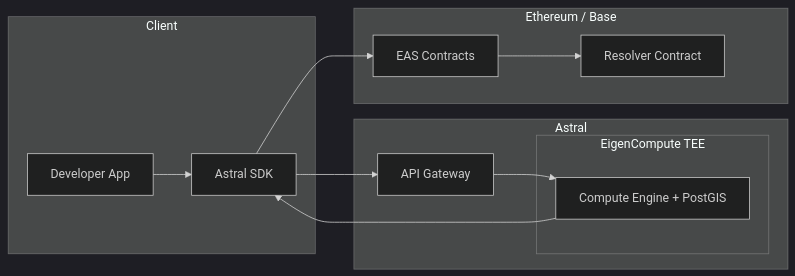
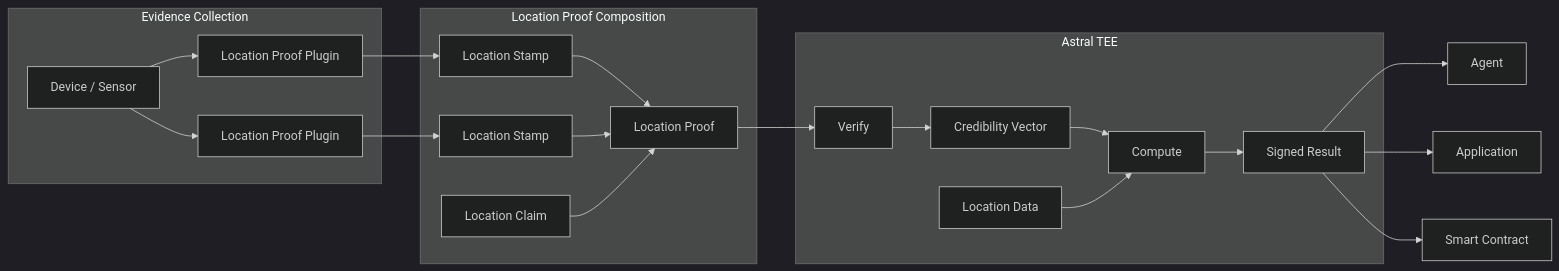
The diagram in how-it-works.mdx (AstralProtocol/mintlify-docs), drawn with Mermaid (dark theme) before and after one commit. The commit also changed other lines of this file, not shown here.

````diff
--- a/how-it-works.mdx
+++ b/how-it-works.mdx
@@ -16,26 +54,27 @@
 ```mermaid
-flowchart LR
-    subgraph Client["Client"]
-        App[Developer App]
-        SDK[Astral SDK]
+graph LR
+    subgraph Evidence Collection
+        D[Device / Sensor] --> P1[Location Proof Plugin]
+        D --> P2[Location Proof Plugin]
     end
 
-    subgraph Astral["Astral"]
-        API[API Gateway]
-        subgraph TEE["EigenCompute TEE"]
-            Engine[Compute Engine + PostGIS]
-        end
+    subgraph Location Proof Composition
+        P1 --> S1[Location Stamp]
+        P2 --> S2[Location Stamp]
+        S1 --> LP[Location Proof]
+        S2 --> LP
+        CL[Location Claim] --> LP
     end
 
-    subgraph Chain["Ethereum / Base"]
-        EAS[EAS Contracts]
-        Resolver[Resolver Contract]
+    subgraph Astral TEE
+        LP --> VE[Verify]
+        VE --> CR[Credibility Vector]
+        CR --> CO[Compute]
+        LD[Location Data] --> CO
+        CO --> SR[Signed Result]
     end
 
-    App --> SDK
-    SDK --> API
-    API --> Engine
-    Engine --> SDK
-    SDK --> EAS
-    EAS --> Resolver
+    SR --> AG[Agent]
+    SR --> AP[Application]
+    SR --> SC[Smart Contract]
 ```
````
